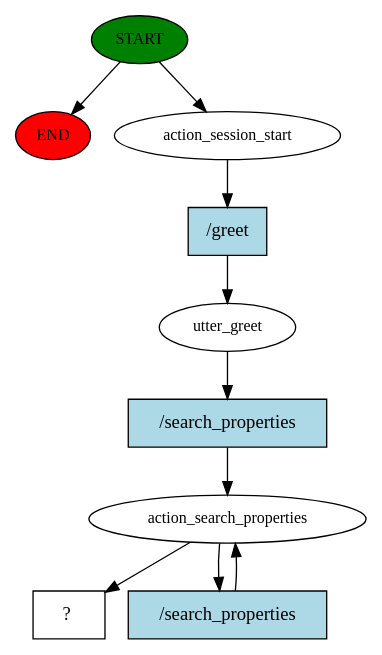
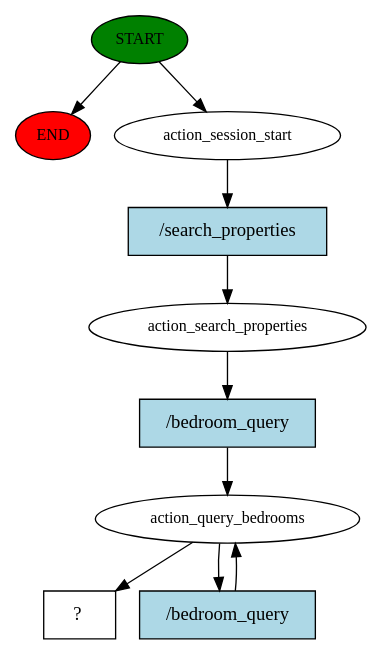
Before and after one commit to sunil-thapa99/NLP-assignment-2: the diagram in story_graph.dot, drawn with Graphviz. The commit also changed 14 other files, not shown here.

```diff
--- a/story_graph.dot
+++ b/story_graph.dot
@@ -1,20 +1,20 @@
 digraph  {
 0 [class="start active", fillcolor=green, fontsize=12, label=START, style=filled];
 "-1" [class=end, fillcolor=red, fontsize=12, label=END, style=filled];
 1 [class=active, fontsize=12, label=action_session_start];
-2 [class=active, fontsize=12, label=utter_greet];
-3 [class=active, fontsize=12, label=action_search_properties];
+2 [class=active, fontsize=12, label=action_search_properties];
+3 [class=active, fontsize=12, label=action_query_bedrooms];
 5 [class="intent dashed active", label="  ?  ", shape=rect];
-6 [class="intent active", fillcolor=lightblue, label="/greet", shape=rect, style=filled];
-7 [class="intent active", fillcolor=lightblue, label="/search_properties", shape=rect, style=filled];
-8 [class="intent active", fillcolor=lightblue, label="/search_properties", shape=rect, style=filled];
+6 [class="intent active", fillcolor=lightblue, label="/search_properties", shape=rect, style=filled];
+7 [class="intent active", fillcolor=lightblue, label="/bedroom_query", shape=rect, style=filled];
+8 [class="intent active", fillcolor=lightblue, label="/bedroom_query", shape=rect, style=filled];
 0 -> "-1"  [class="", key=NONE, label=""];
 0 -> 1  [class=active, key=NONE, label=""];
 1 -> 6  [class=active, key=0];
 2 -> 7  [class=active, key=0];
 3 -> 5  [class=active, key=NONE, label=""];
 3 -> 8  [class=active, key=0];
 6 -> 2  [class=active, key=0];
 7 -> 3  [class=active, key=0];
 8 -> 3  [class=active, key=0];
 }
```
